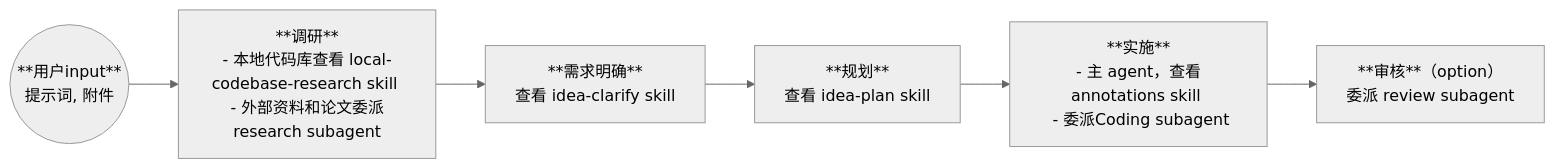
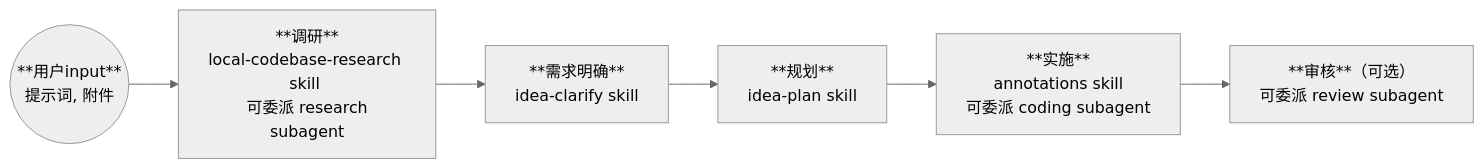
The diagram in workflows/idea-assistant.md (riemac/vibe), drawn with Mermaid (neutral theme) before and after one commit. The commit also changed other lines of this file and 17 other files, not shown here.

````diff
--- a/workflows/idea-assistant.md
+++ b/workflows/idea-assistant.md
@@ -9,8 +9,8 @@
 ```mermaid
 graph LR
-    A((**用户input**<br>提示词, 附件)) --> B[**调研**<br>- 本地代码库查看 local-codebase-research skill <br> - 外部资料和论文委派 research subagent]
-    B --> C[**需求明确**<br>查看 idea-clarify skill]
-    C --> D[**规划**<br>查看 idea-plan skill]
-    D --> E[**实施**<br> - 主 agent，查看 annotations skill <br> - 委派Coding subagent]
-    E --> F[**审核**（option）<br>委派 review subagent]
+    A((**用户input**<br>提示词, 附件)) --> B[**调研**<br>local-codebase-research skill <br> 可委派 research subagent]
+    B --> C[**需求明确**<br>idea-clarify skill]
+    C --> D[**规划**<br>idea-plan skill]
+    D --> E[**实施**<br>annotations skill <br> 可委派 coding subagent]
+    E --> F[**审核**（可选）<br>可委派 review subagent]
 ```
````
